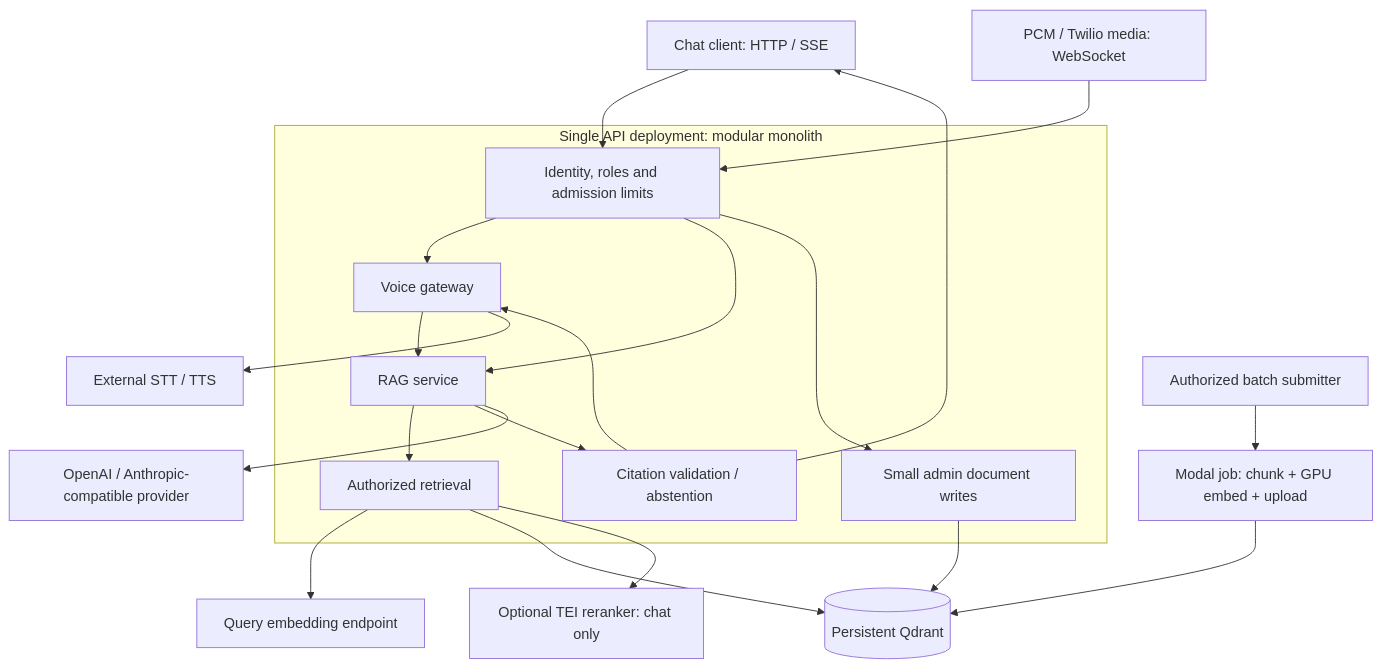
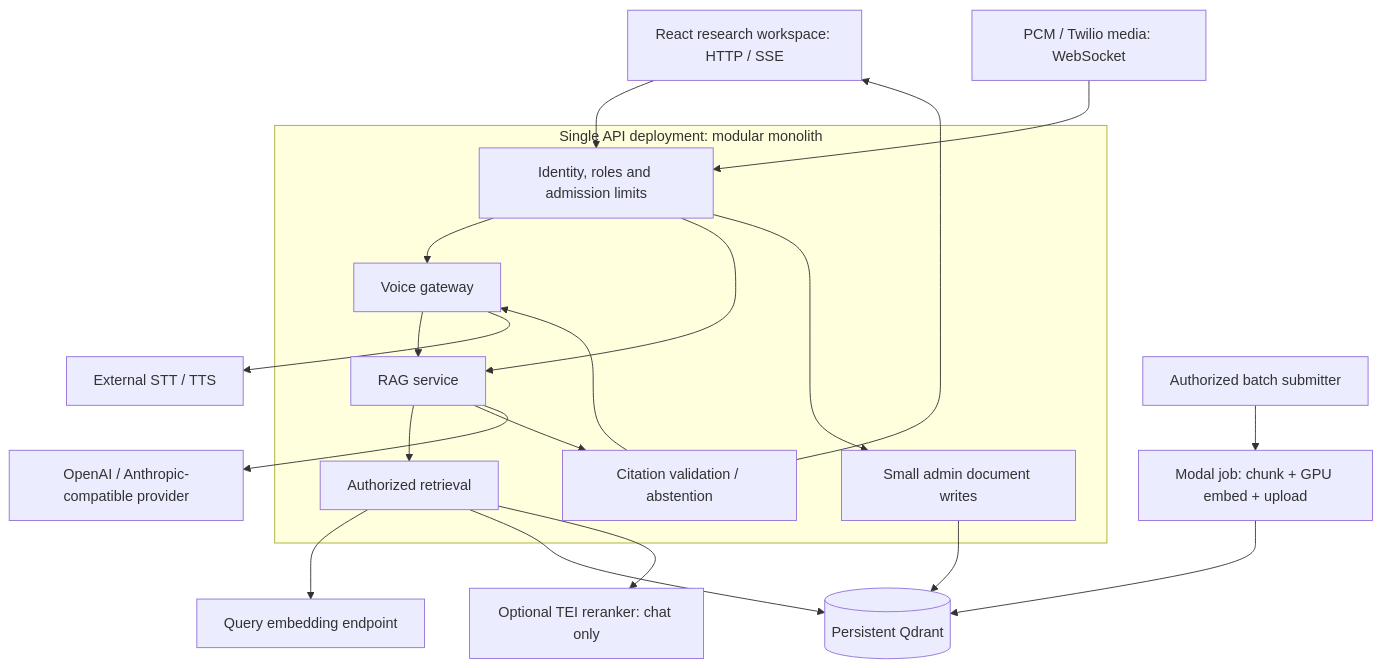
The first of 3 diagrams in docs/ARCHITECTURE.md (tushar-mahalya/ledger_rag), drawn with Mermaid before and after one commit. The commit also changed other lines of this file and 39 other files, not shown here.

Commit message:
feat(web): add evidence-first research workspace

````diff
--- a/docs/ARCHITECTURE.md
+++ b/docs/ARCHITECTURE.md
@@ -14,23 +14,23 @@
 ```mermaid
 flowchart TB
-    Chat["Chat client: HTTP / SSE"] --> Auth
+    Chat["React research workspace: HTTP / SSE"] --> Auth
     Caller["PCM / Twilio media: WebSocket"] --> Auth
     subgraph API["Single API deployment: modular monolith"]
         Auth["Identity, roles and admission limits"] --> Voice["Voice gateway"]
         Auth --> RAG["RAG service"]
         Voice --> RAG
         RAG --> Retrieve["Authorized retrieval"]
         RAG --> Validate["Citation validation / abstention"]
         Auth --> Admin["Small admin document writes"]
     end
     Voice --> Speech["External STT / TTS"]
     RAG --> LLM["OpenAI / Anthropic-compatible provider"]
     Retrieve --> Embed["Query embedding endpoint"]
     Retrieve --> Qdrant[("Persistent Qdrant")]
     Retrieve --> Rerank["Optional TEI reranker: chat only"]
     Admin --> Qdrant
     Operator["Authorized batch submitter"] --> Modal["Modal job: chunk + GPU embed + upload"]
     Modal --> Qdrant
     Validate --> Chat
     Validate --> Voice
 ```
````
